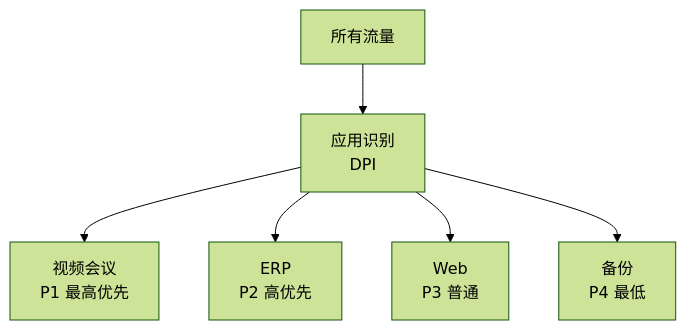
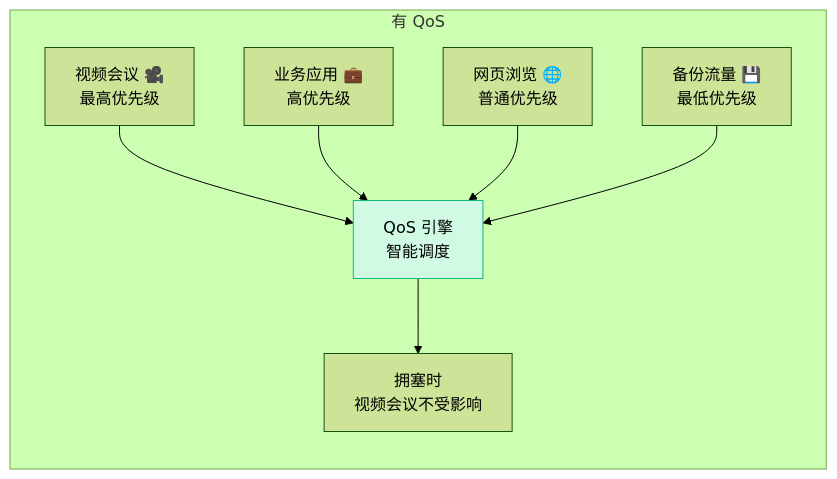
Before and after one commit to SKT-Shurima/NetworkMastery: the second of 4 diagrams in docs/guide/qos/qos.md, drawn with Mermaid (forest theme). The commit also changed other lines of this file and 6 other files, not shown here.

````diff
--- a/docs/guide/qos/qos.md
+++ b/docs/guide/qos/qos.md
@@ -7,9 +20,12 @@
 ```mermaid
-graph TB
-    A["所有流量"]
-    A --> B["应用识别<br/>DPI"]
-    B --> C1["视频会议<br/>P1 最高优先"]
-    B --> C2["ERP<br/>P2 高优先"]
-    B --> C3["Web<br/>P3 普通"]
-    B --> C4["备份<br/>P4 最低"]
+graph LR
+    subgraph "有 QoS"
+        A2["视频会议 🎥<br/>最高优先级"] --> Q["QoS 引擎<br/>智能调度"]
+        B2["业务应用 💼<br/>高优先级"] --> Q
+        C2["网页浏览 🌐<br/>普通优先级"] --> Q
+        D2["备份流量 💾<br/>最低优先级"] --> Q
+        Q --> OUT2["拥塞时<br/>视频会议不受影响"]
+    end
+    
+    style Q fill:#d1fae5,stroke:#10b981
 ```
````
